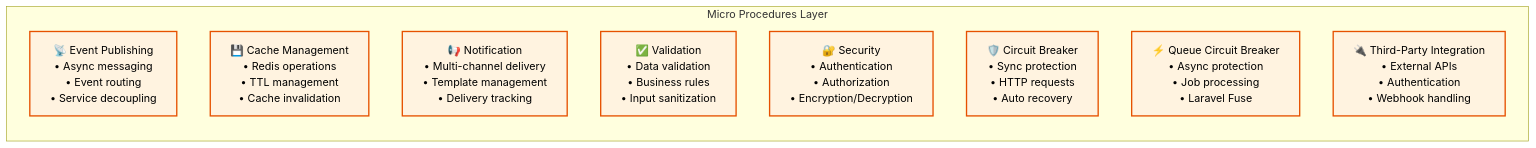
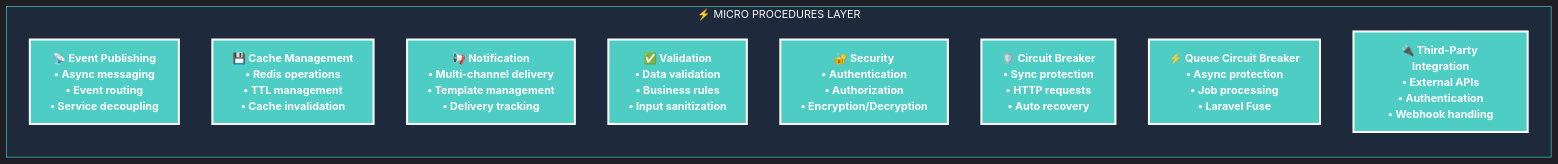
The second of 8 diagrams in diagrams/microservices-architecture.md (abdoElHodaky/larvrevrstender), drawn with Mermaid before and after one commit. The commit also changed other lines of this file and 1 other file, not shown here.

First line of the commit message:
feat: Redesign microservices and workflow diagrams with distinguished eye-catching styling

````diff
--- a/diagrams/microservices-architecture.md
+++ b/diagrams/microservices-architecture.md
@@ -148,16 +169,31 @@
 ```mermaid
+%%{init: {
+  'theme': 'dark',
+  'themeVariables': {
+    'primaryColor': '#4ECDC4',
+    'primaryTextColor': '#FFFFFF',
+    'primaryBorderColor': '#7ED6D1',
+    'lineColor': '#4ECDC4',
+    'background': '#0F172A',
+    'mainBkg': '#1E293B',
+    'clusterBkg': '#1E293B',
+    'clusterBorder': '#4ECDC4',
+    'nodeTextColor': '#FFFFFF'
+  }
+}}%%
+
 graph LR
-    subgraph "Micro Procedures Layer"
+    subgraph "⚡ MICRO PROCEDURES LAYER"
         EVENT[📡 Event Publishing<br/>• Async messaging<br/>• Event routing<br/>• Service decoupling]
         CACHE[💾 Cache Management<br/>• Redis operations<br/>• TTL management<br/>• Cache invalidation]
         NOTIFY[📢 Notification<br/>• Multi-channel delivery<br/>• Template management<br/>• Delivery tracking]
         VALID[✅ Validation<br/>• Data validation<br/>• Business rules<br/>• Input sanitization]
         SEC[🔐 Security<br/>• Authentication<br/>• Authorization<br/>• Encryption/Decryption]
         CB[🛡️ Circuit Breaker<br/>• Sync protection<br/>• HTTP requests<br/>• Auto recovery]
         QCB[⚡ Queue Circuit Breaker<br/>• Async protection<br/>• Job processing<br/>• Laravel Fuse]
         TPI[🔌 Third-Party Integration<br/>• External APIs<br/>• Authentication<br/>• Webhook handling]
     end
 
-    classDef microStyle fill:#fff3e0,stroke:#e65100,stroke-width:2px,color:#000
+    classDef microStyle fill:#4ECDC4,stroke:#FFFFFF,stroke-width:3px,color:#FFFFFF,font-weight:bold
     class EVENT,CACHE,NOTIFY,VALID,SEC,CB,QCB,TPI microStyle
 ```
````
